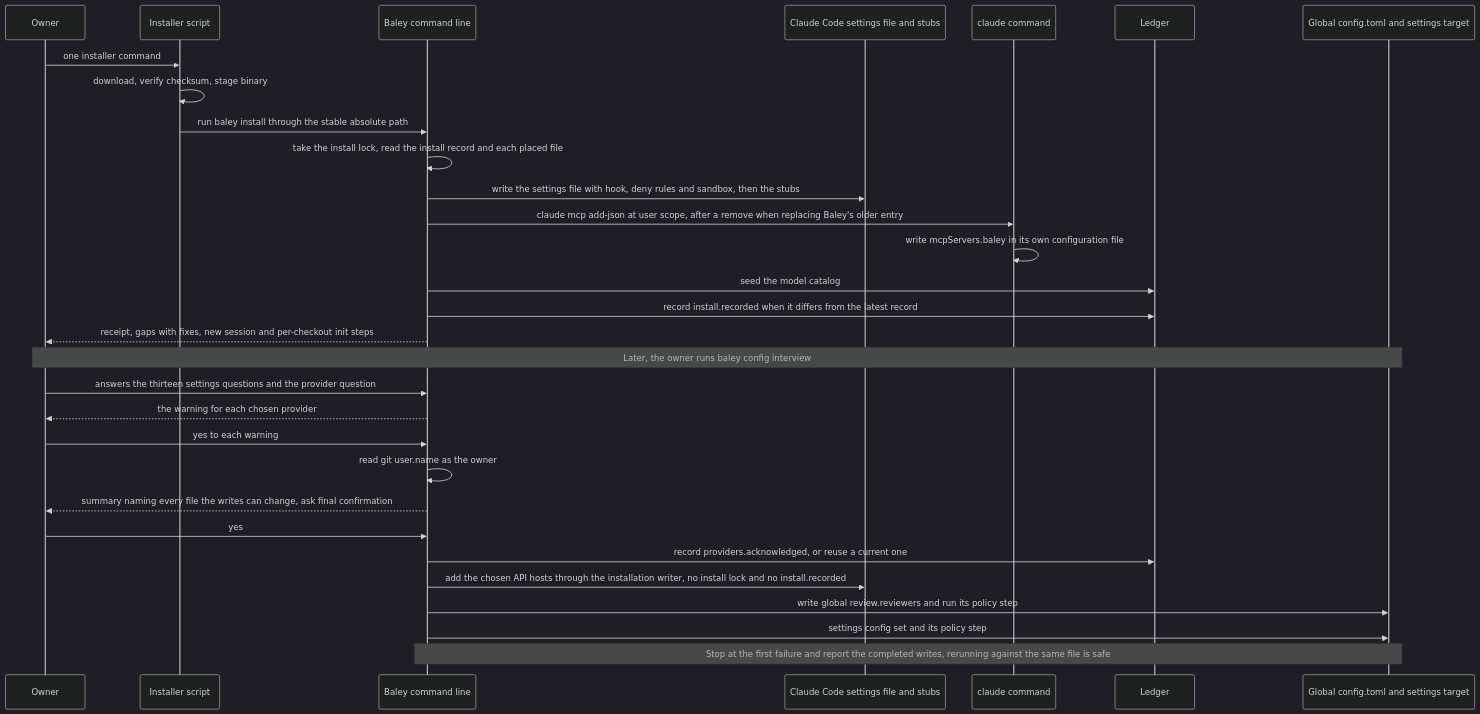
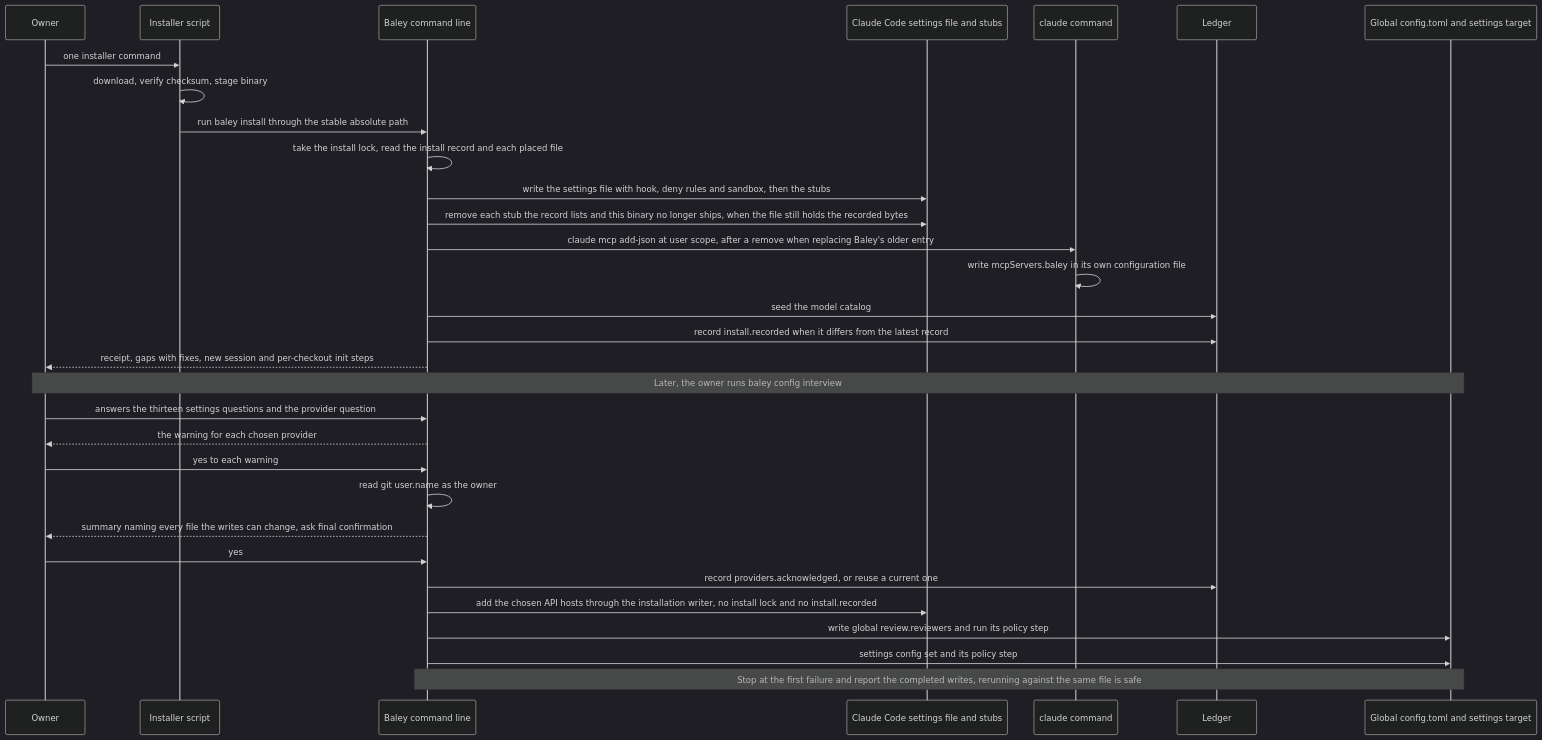
One commit to crenshawdev/baley changed the seventh of 8 diagrams in docs/design/0012-host-interface.md. Above: the diagram before and after it, drawn with Mermaid (dark theme). The commit also changed other lines of this file and 1 other file, not shown here.

First line of the commit message:
docs(design): give install's removal of a retired stub its rules

````diff
--- a/docs/design/0012-host-interface.md
+++ b/docs/design/0012-host-interface.md
@@ -572,32 +574,33 @@
 ```mermaid
 sequenceDiagram
   participant O as Owner
   participant I as Installer script
   participant B as Baley command line
   participant HC as Claude Code settings file and stubs
   participant CC as claude command
   participant L as Ledger
   participant C as Global config.toml and settings target
   O->>I: one installer command
   I->>I: download, verify checksum, stage binary
   I->>B: run baley install through the stable absolute path
   B->>B: take the install lock, read the install record and each placed file
   B->>HC: write the settings file with hook, deny rules and sandbox, then the stubs
+  B->>HC: remove each stub the record lists and this binary no longer ships, when the file still holds the recorded bytes
   B->>CC: claude mcp add-json at user scope, after a remove when replacing Baley's older entry
   CC->>CC: write mcpServers.baley in its own configuration file
   B->>L: seed the model catalog
   B->>L: record install.recorded when it differs from the latest record
   B-->>O: receipt, gaps with fixes, new session and per-checkout init steps
   Note over O,C: Later, the owner runs baley config interview
   O->>B: answers the thirteen settings questions and the provider question
   B-->>O: the warning for each chosen provider
   O->>B: yes to each warning
   B->>B: read git user.name as the owner
   B-->>O: summary naming every file the writes can change, ask final confirmation
   O->>B: yes
   B->>L: record providers.acknowledged, or reuse a current one
   B->>HC: add the chosen API hosts through the installation writer, no install lock and no install.recorded
   B->>C: write global review.reviewers and run its policy step
   B->>C: settings config set and its policy step
   Note over B,C: Stop at the first failure and report the completed writes, rerunning against the same file is safe
 ```
````
